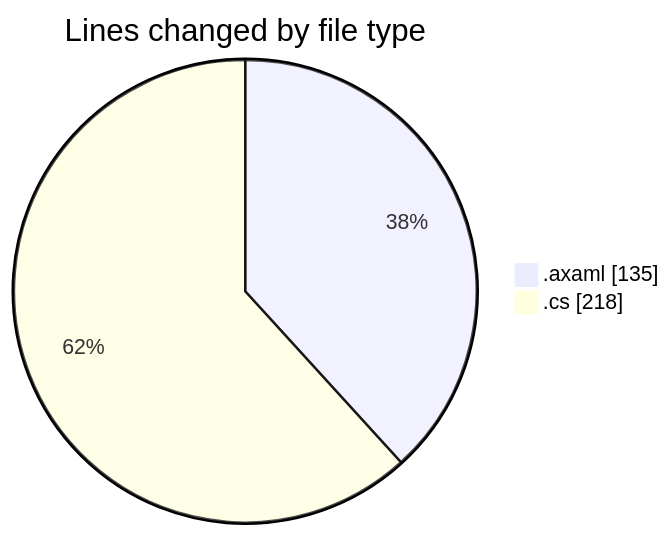
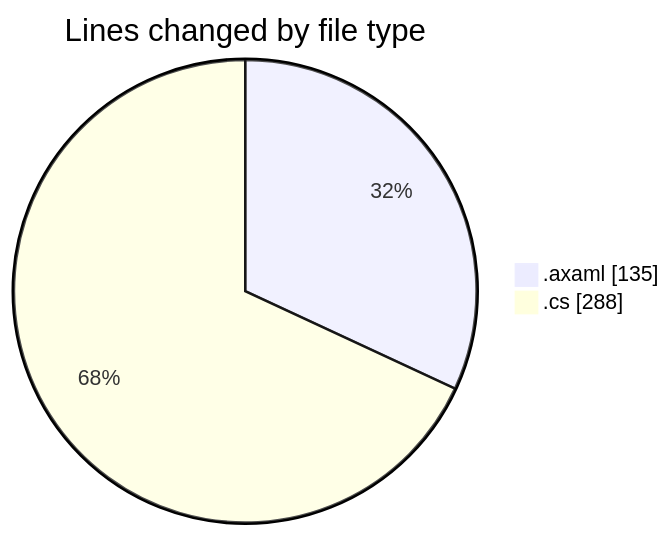
Before and after one commit to Netris89/code-tracking: the first of 2 diagrams in 2025-10-30/skintrack/README.md, drawn with Mermaid. The commit also changed other lines of this file and 1 other file, not shown here.

````diff
--- a/2025-10-30/skintrack/README.md
+++ b/2025-10-30/skintrack/README.md
@@ -25,6 +26,6 @@
 ```mermaid
 pie showData
 title Lines changed by file type
 ".axaml" : 135
-".cs" : 218
+".cs" : 288
 ```
````
